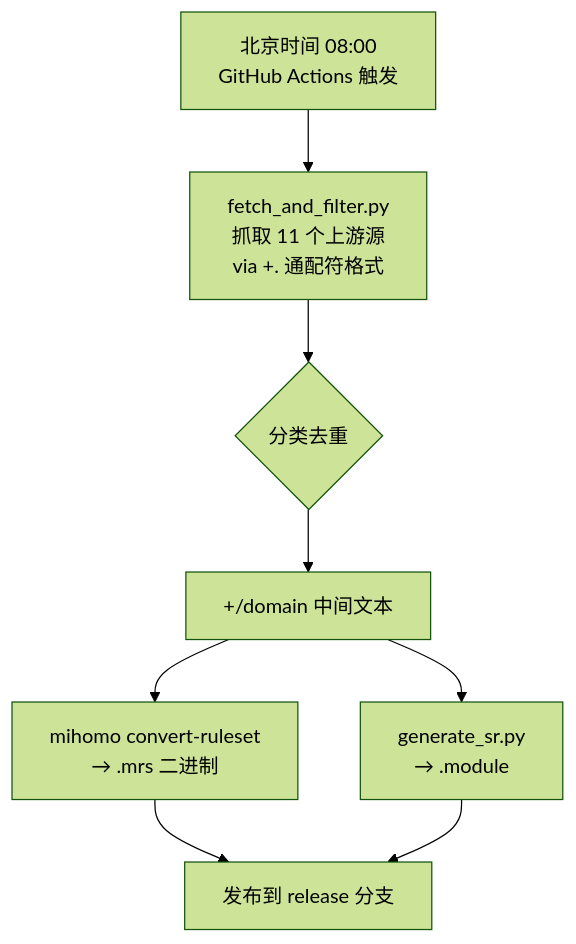
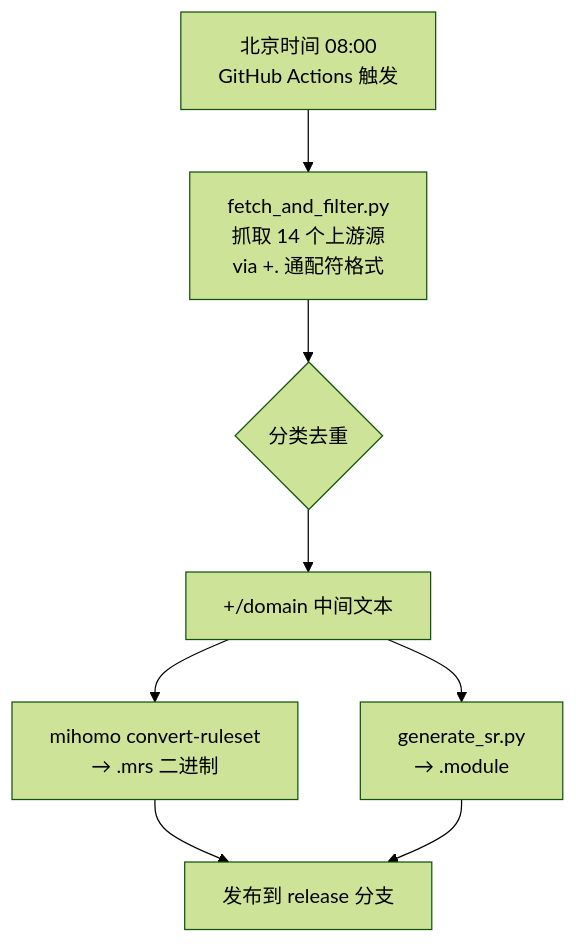
Before and after one commit to EastonSun/ProxyRules: the diagram in README.md, drawn with Mermaid (forest theme). The commit also changed other lines of this file, not shown here.

````diff
--- a/README.md
+++ b/README.md
@@ -125,10 +128,10 @@
 ```mermaid
 graph TD
-    A[北京时间 08:00<br/>GitHub Actions 触发] --> B[fetch_and_filter.py<br/>抓取 11 个上游源<br/>via +. 通配符格式]
+    A[北京时间 08:00<br/>GitHub Actions 触发] --> B[fetch_and_filter.py<br/>抓取 14 个上游源<br/>via +. 通配符格式]
     B --> C{分类去重}
     C --> D[+/domain 中间文本]
     D --> I[mihomo convert-ruleset<br/>→ .mrs 二进制]
     D --> J[generate_sr.py<br/>→ .module]
     I --> K[发布到 release 分支]
     J --> K
 ```
````
